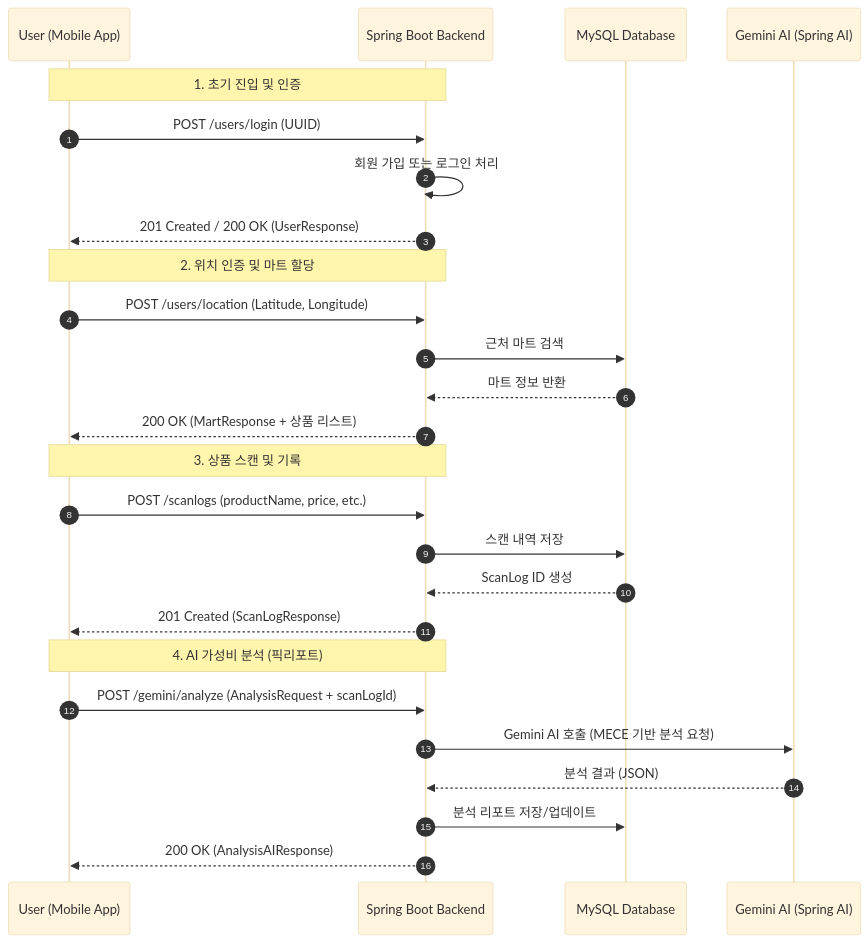
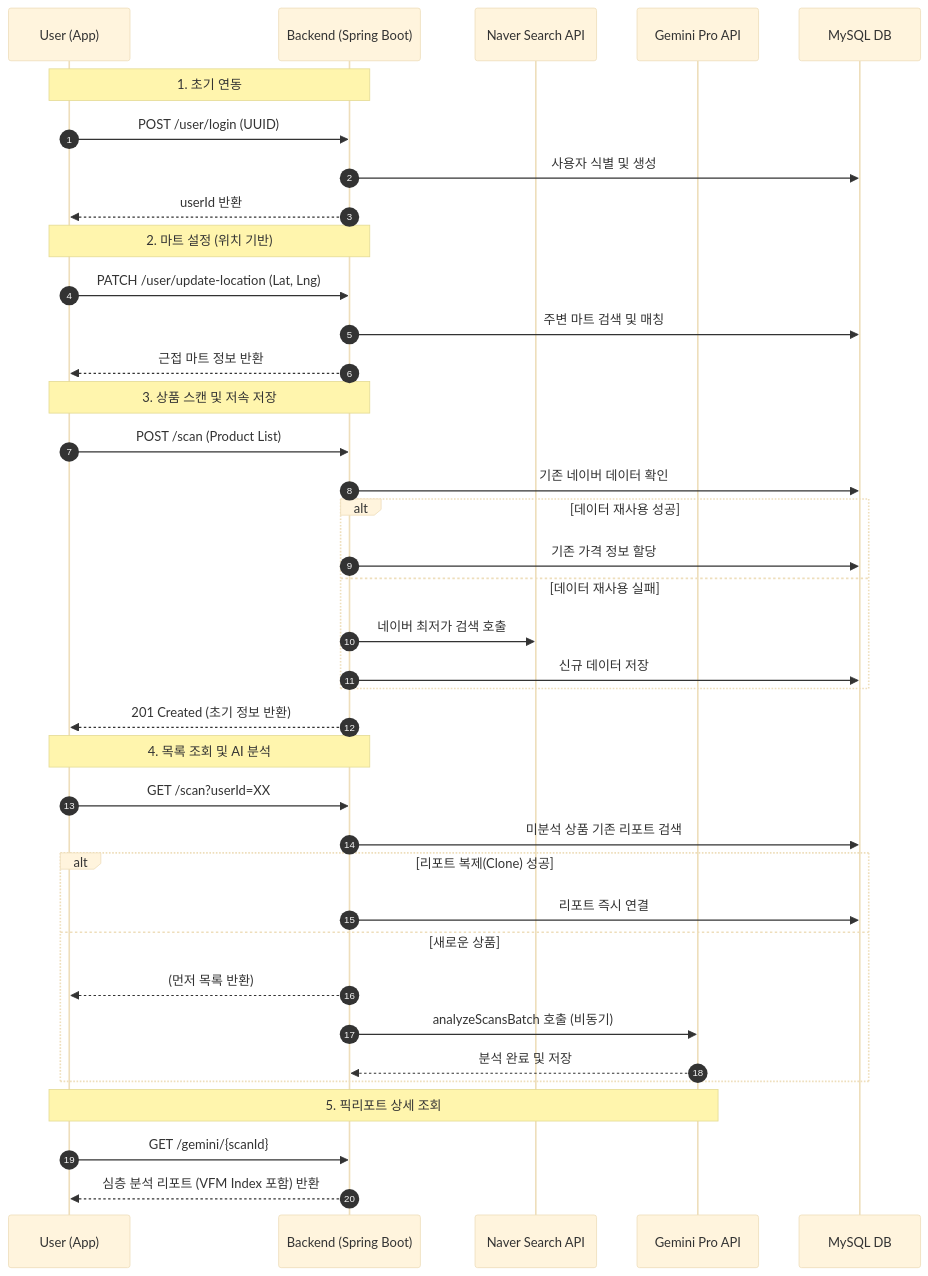
Before and after one commit to ssoup0224/PicPick_BE: the diagram in user_journey.md, drawn with Mermaid (base theme). The commit also changed other lines of this file and 8 other files, not shown here.

````diff
--- a/user_journey.md
+++ b/user_journey.md
@@ -5,32 +7,45 @@
 ```mermaid
 sequenceDiagram
     autonumber
-    participant U as User (Mobile App)
-    participant S as Spring Boot Backend
-    participant DB as MySQL Database
-    participant AI as Gemini AI (Spring AI)
+    participant U as User (App)
+    participant B as Backend (Spring Boot)
+    participant N as Naver Search API
+    participant AI as Gemini Pro API
+    participant DB as MySQL DB
 
-    Note over U, S: 1. 초기 진입 및 인증
-    U->>S: POST /users/login (UUID)
-    S->>S: 회원 가입 또는 로그인 처리
-    S-->>U: 201 Created / 200 OK (UserResponse)
+    Note over U, B: 1. 초기 연동
+    U->>B: POST /user/login (UUID)
+    B->>DB: 사용자 식별 및 생성
+    B-->>U: userId 반환
 
-    Note over U, S: 2. 위치 인증 및 마트 할당
-    U->>S: POST /users/location (Latitude, Longitude)
-    S->>DB: 근처 마트 검색 
-    DB-->>S: 마트 정보 반환
-    S-->>U: 200 OK (MartResponse + 상품 리스트)
+    Note over U, B: 2. 마트 설정 (위치 기반)
+    U->>B: PATCH /user/update-location (Lat, Lng)
+    B->>DB: 주변 마트 검색 및 매칭
+    B-->>U: 근접 마트 정보 반환
 
-    Note over U, S: 3. 상품 스캔 및 기록
-    U->>S: POST /scanlogs (productName, price, etc.)
-    S->>DB: 스캔 내역 저장
-    DB-->>S: ScanLog ID 생성
-    S-->>U: 201 Created (ScanLogResponse)
+    Note over U, B: 3. 상품 스캔 및 저속 저장
+    U->>B: POST /scan (Product List)
+    B->>DB: 기존 네이버 데이터 확인
+    alt 데이터 재사용 성공
+        B->>DB: 기존 가격 정보 할당
+    else 데이터 재사용 실패
+        B->>N: 네이버 최저가 검색 호출
+        B->>DB: 신규 데이터 저장
+    end
+    B-->>U: 201 Created (초기 정보 반환)
 
-    Note over U, S: 4. AI 가성비 분석 (픽리포트)
-    U->>S: POST /gemini/analyze (AnalysisRequest + scanLogId)
-    S->>AI: Gemini AI 호출 (MECE 기반 분석 요청)
-    AI-->>S: 분석 결과 (JSON)
-    S->>DB: 분석 리포트 저장/업데이트
-    S-->>U: 200 OK (AnalysisAIResponse)
+    Note over U, B: 4. 목록 조회 및 AI 분석
+    U->>B: GET /scan?userId=XX
+    B->>DB: 미분석 상품 기존 리포트 검색
+    alt 리포트 복제(Clone) 성공
+        B->>DB: 리포트 즉시 연결
+    else 새로운 상품
+        B-->>U: (먼저 목록 반환)
+        B->>AI: analyzeScansBatch 호출 (비동기)
+        AI-->>B: 분석 완료 및 저장
+    end
+
+    Note over U, AI: 5. 픽리포트 상세 조회
+    U->>B: GET /gemini/{scanId}
+    B-->>U: 심층 분석 리포트 (VFM Index 포함) 반환
 ```
````
